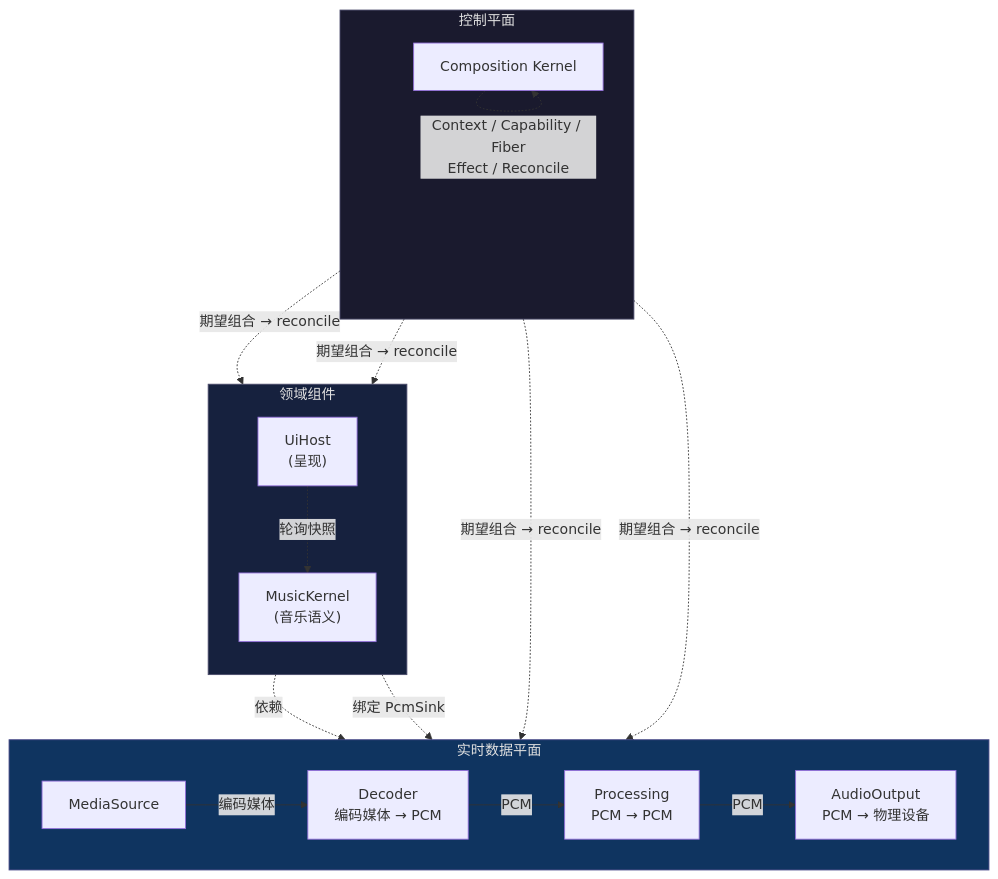
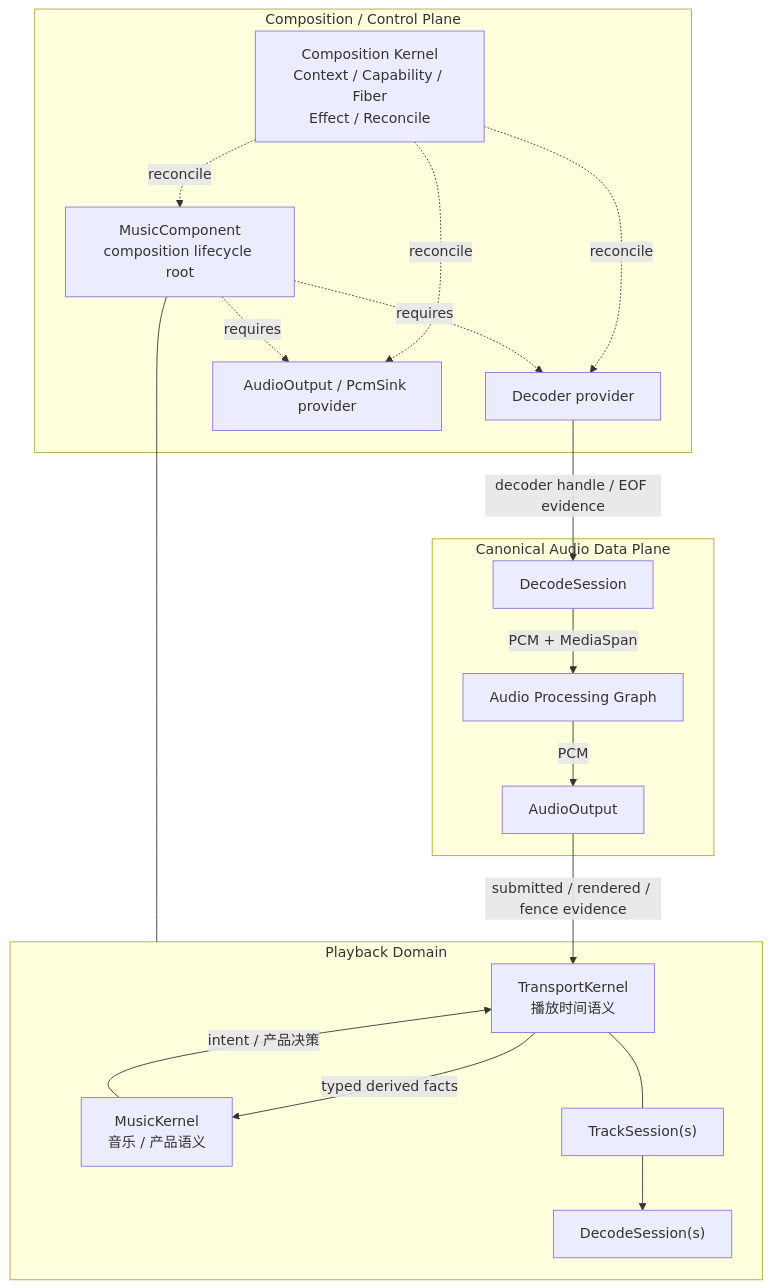
Before and after one commit to jnhu76/qianqian: the diagram in website/architecture/index.md, drawn with Mermaid. The commit also changed other lines of this file and 25 other files, not shown here.

First line of the commit message:
architecture: reconcile playback authority surfaces with ADR-PBK-001 (#80)

````diff
--- a/website/architecture/index.md
+++ b/website/architecture/index.md
@@ -56,34 +32,34 @@
 ```mermaid
 flowchart TB
-    subgraph ControlPlane["控制平面"]
-        direction TB
-        CK["Composition Kernel"]
-        CK -."Context / Capability / Fiber<br/>Effect / Reconcile".-> CK
+    subgraph CP["Composition / Control Plane"]
+        CK["Composition Kernel<br/>Context / Capability / Fiber<br/>Effect / Reconcile"]
+        MC["MusicComponent<br/>composition lifecycle root"]
+        DEC["Decoder provider"]
+        AO["AudioOutput / PcmSink provider"]
+
+        CK -.->|"reconcile"| MC
+        CK -.->|"reconcile"| DEC
+        CK -.->|"reconcile"| AO
+        MC -.->|"requires"| DEC
+        MC -.->|"requires"| AO
     end
 
-    subgraph DataPlane["实时数据平面"]
-        direction LR
-        MS["MediaSource"] -->|编码媒体| DEC["Decoder<br/>编码媒体 → PCM"]
-        DEC -->|PCM| PRO["Processing<br/>PCM → PCM"]
-        PRO -->|PCM| AOUT["AudioOutput<br/>PCM → 物理设备"]
+    subgraph PD["Playback Domain"]
+        MK["MusicKernel<br/>音乐 / 产品语义"]
+        TK["TransportKernel<br/>播放时间语义"]
+        TS["TrackSession(s)"] --> DS["DecodeSession(s)"]
+        MK -->|"intent / 产品决策"| TK
+        TK --- TS
     end
 
-    subgraph Domains["领域组件"]
-        direction TB
-        MK["MusicKernel<br/>(音乐语义)"]
-        UH["UiHost<br/>(呈现)"]
+    MC --- PD
+
+    subgraph DP["Canonical Audio Data Plane"]
+        D2["DecodeSession"] -->|"PCM + MediaSpan"| PROC["Audio Processing Graph"]
+        PROC -->|"PCM"| A2["AudioOutput"]
     end
 
-    MK -.->|依赖| DEC
-    MK -.->|绑定 PcmSink| AOUT
-    UH -.->|轮询快照| MK
-
-    CK -.->|"期望组合 → reconcile"| MK
-    CK -.->|"期望组合 → reconcile"| DEC
-    CK -.->|"期望组合 → reconcile"| AOUT
-    CK -.->|"期望组合 → reconcile"| UH
-
-    style ControlPlane fill:#1a1a2e,stroke:#4a4a6a,color:#e0e0e0
-    style DataPlane fill:#0f3460,stroke:#4a4a8a,color:#e0e0e0
-    style Domains fill:#16213e,stroke:#4a4a6a,color:#e0e0e0
+    DEC -->|"decoder handle / EOF evidence"| D2
+    A2 -->|"submitted / rendered / fence evidence"| TK
+    TK -->|"typed derived facts"| MK
 ```
````
